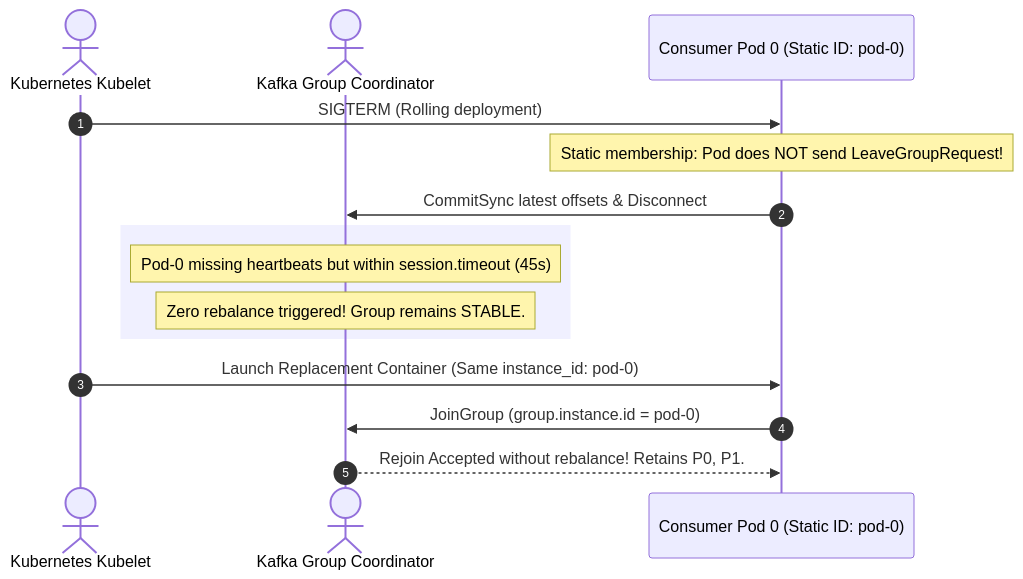
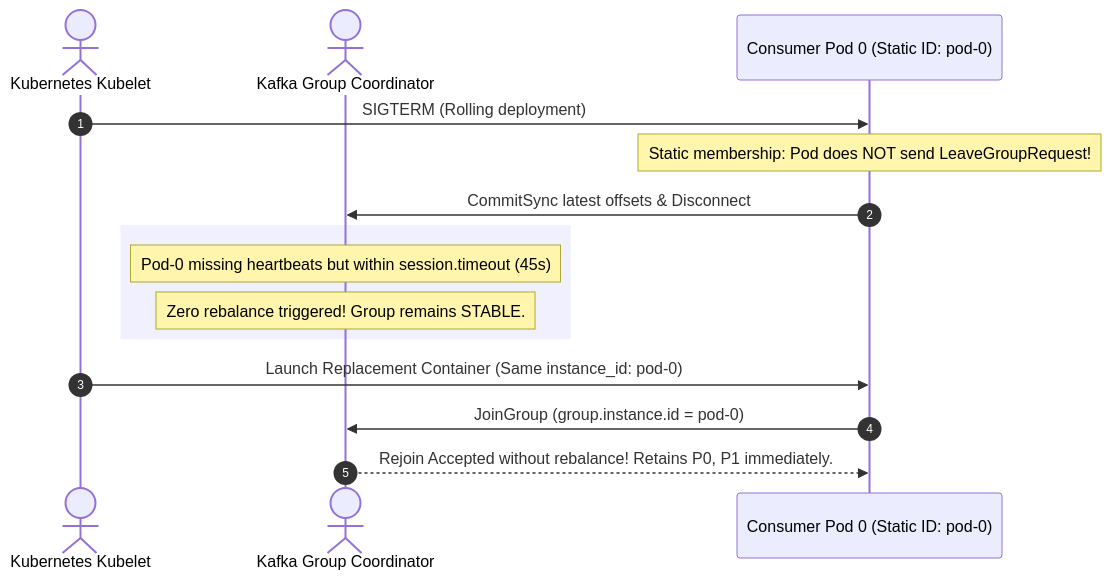
Before and after one commit to Chief-Strategist-J/event-driven-platform: the third of 4 diagrams in docs/features/consumer-groups/adr.md, drawn with Mermaid. The commit also changed other lines of this file, not shown here.

````diff
--- a/docs/features/consumer-groups/adr.md
+++ b/docs/features/consumer-groups/adr.md
@@ -118,20 +157,20 @@
 ```mermaid
 sequenceDiagram
     autonumber
     actor Kubelet as Kubernetes Kubelet
     actor Coord as Kafka Group Coordinator
     participant Pod as Consumer Pod 0 (Static ID: pod-0)
     
     Kubelet->>Pod: SIGTERM (Rolling deployment)
     Note over Pod: Static membership: Pod does NOT send LeaveGroupRequest!
     Pod->>Coord: CommitSync latest offsets & Disconnect
     
     rect rgb(240, 240, 255)
         Note over Coord: Pod-0 missing heartbeats but within session.timeout (45s)
         Note over Coord: Zero rebalance triggered! Group remains STABLE.
     end
 
     Kubelet->>Pod: Launch Replacement Container (Same instance_id: pod-0)
     Pod->>Coord: JoinGroup (group.instance.id = pod-0)
-    Coord-->>Pod: Rejoin Accepted without rebalance! Retains P0, P1.
+    Coord-->>Pod: Rejoin Accepted without rebalance! Retains P0, P1 immediately.
 ```
````
